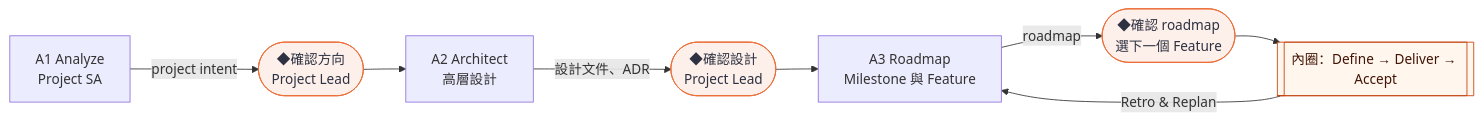
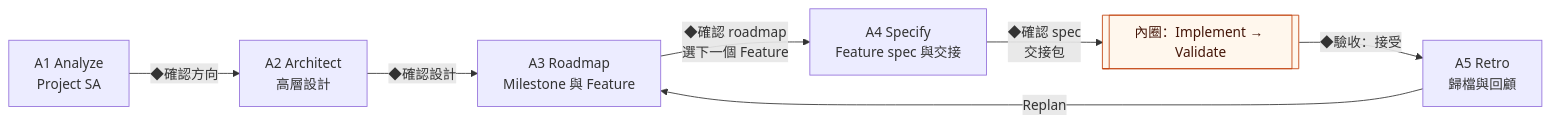
The second of 3 diagrams in docs/guide/user-guide.md (ellis429/loop-engineering), drawn with Mermaid before and after one commit. The commit also changed other lines of this file and 4 other files, not shown here.

First line of the commit message:
docs: move the feature spec to the outer loop and spell out each step

````diff
--- a/docs/guide/user-guide.md
+++ b/docs/guide/user-guide.md
@@ -88,13 +90,10 @@
 ```mermaid
 flowchart LR
-  A1["A1 Analyze<br/>Project SA"] -->|project intent| G1(["◆確認方向<br/>Project Lead"])
-  G1 --> A2["A2 Architect<br/>高層設計"]
-  A2 -->|設計文件、ADR| G2(["◆確認設計<br/>Project Lead"])
-  G2 --> A3["A3 Roadmap<br/>Milestone 與 Feature"]
-  A3 -->|roadmap| G3(["◆確認 roadmap<br/>選下一個 Feature"])
-  G3 --> IN[["內圈：Define → Deliver → Accept"]]
-  IN -->|Retro & Replan| A3
-  classDef gate fill:#fdf0ea,stroke:#eb6c36,color:#2d3142
-  class G1,G2,G3 gate
+  A1["A1 Analyze<br/>Project SA"] -->|◆確認方向| A2["A2 Architect<br/>高層設計"]
+  A2 -->|◆確認設計| A3["A3 Roadmap<br/>Milestone 與 Feature"]
+  A3 -->|◆確認 roadmap<br/>選下一個 Feature| A4["A4 Specify<br/>Feature spec 與交接"]
+  A4 -->|◆確認 spec<br/>交接包| IN[["內圈：Implement → Validate"]]
+  IN -->|◆驗收：接受| A5["A5 Retro<br/>歸檔與回顧"]
+  A5 -->|Replan| A3
   style IN fill:#fff7ed,stroke:#c2410c,color:#431407
 ```
````
